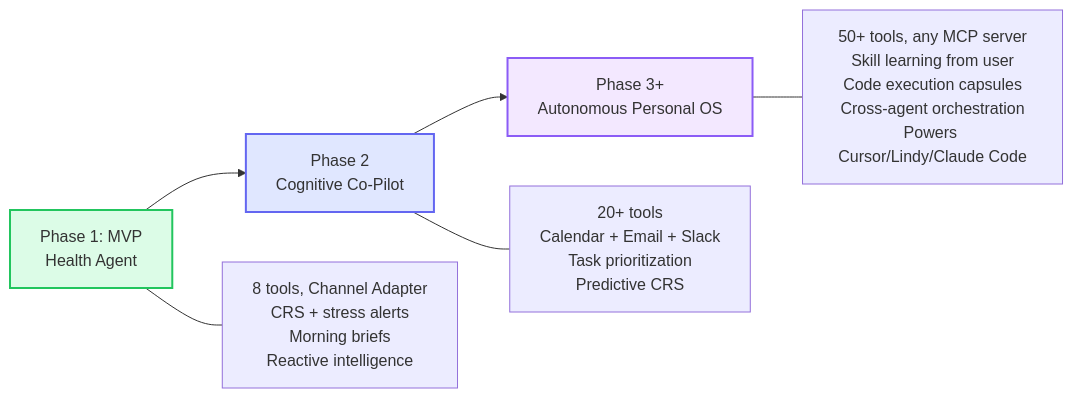
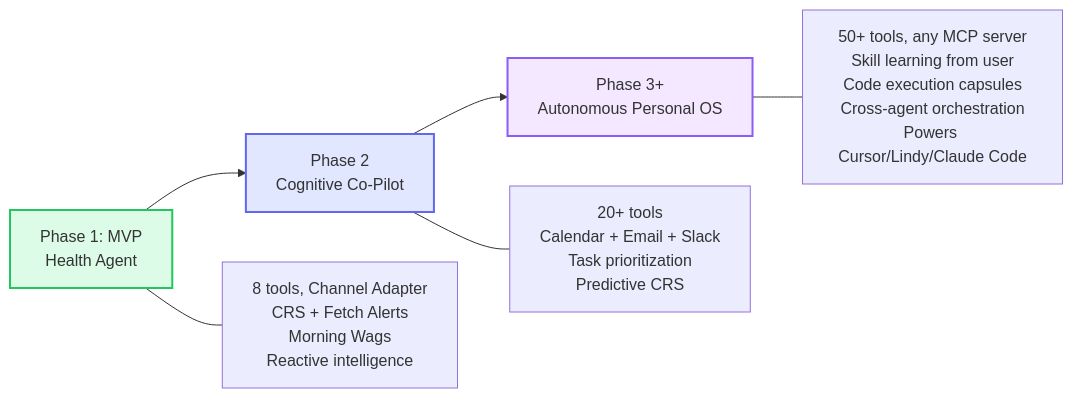
The second of 6 diagrams in docs-site/README.md (Pin4sf/Waldo), drawn with Mermaid before and after one commit. The commit also changed other lines of this file and 1924 other files, not shown here.

First line of the commit message:
docs: Session 4 — Claude Code reverse engineering + 2026 agent landscape + architecture upgrades

````diff
--- a/docs-site/README.md
+++ b/docs-site/README.md
@@ -34,10 +38,10 @@
 ```mermaid
 graph LR
     MVP["Phase 1: MVP<br/>Health Agent"]:::g --> P2["Phase 2<br/>Cognitive Co-Pilot"]:::b --> P3["Phase 3+<br/>Autonomous Personal OS"]:::p
-    MVP --- D1["8 tools, Channel Adapter<br/>CRS + stress alerts<br/>Morning briefs<br/>Reactive intelligence"]
+    MVP --- D1["8 tools, Channel Adapter<br/>CRS + Fetch Alerts<br/>Morning Wags<br/>Reactive intelligence"]
     P2 --- D2["20+ tools<br/>Calendar + Email + Slack<br/>Task prioritization<br/>Predictive CRS"]
     P3 --- D3["50+ tools, any MCP server<br/>Skill learning from user<br/>Code execution capsules<br/>Cross-agent orchestration<br/>Powers Cursor/Lindy/Claude Code"]
     classDef g fill:#dcfce7,stroke:#22c55e,stroke-width:2px
     classDef b fill:#e0e7ff,stroke:#6366f1,stroke-width:2px
     classDef p fill:#f3e8ff,stroke:#8b5cf6,stroke-width:2px
 ```
````
